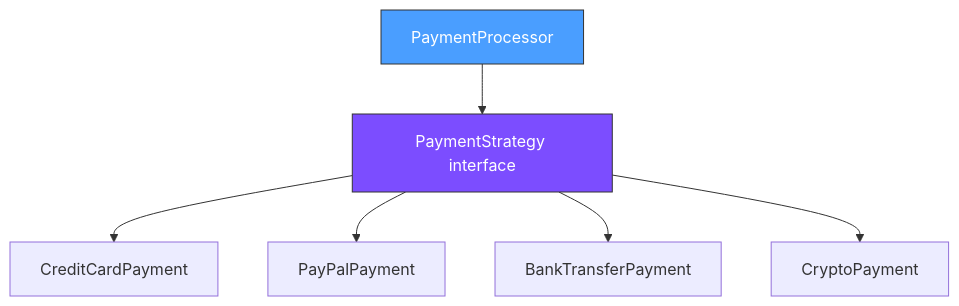
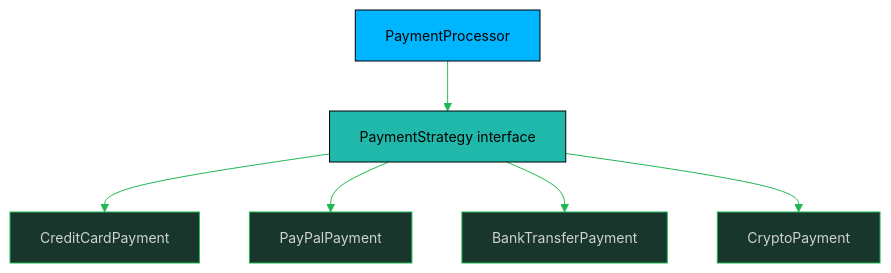
Before and after one commit to oat431/swe-knowledge: the ninth of 10 diagrams in software-engineering-note/03_Software_Design/10_Design_Thinking_and_Context.md, drawn with Mermaid. The commit also changed other lines of this file and 116 other files, not shown here.

````diff
--- a/software-engineering-note/03_Software_Design/10_Design_Thinking_and_Context.md
+++ b/software-engineering-note/03_Software_Design/10_Design_Thinking_and_Context.md
@@ -536,10 +544,11 @@
 ```mermaid
+%%{init: {'theme':'base','themeVariables':{'primaryColor':'#19362D','primaryTextColor':'#CDD3D1','primaryBorderColor':'#1FB854','lineColor':'#1FB854','secondaryColor':'#161212','tertiaryColor':'#1B1717','background':'#1B1717','mainBkg':'#19362D','nodeBorder':'#1FB854','clusterBkg':'#161212','clusterBorder':'#19362D','titleColor':'#1FB854','edgeLabelBackground':'#161212','fontSize':'14px'}}}%%
 graph TD
     A[PaymentProcessor] --> B[PaymentStrategy interface]
     B --> C[CreditCardPayment]
     B --> D[PayPalPayment]
     B --> E[BankTransferPayment]
     B --> F[CryptoPayment]
-    style A fill:#4a9eff,stroke:#333,color:#fff
-    style B fill:#7c4dff,stroke:#333,color:#fff
+    style A fill:#00B5FF,stroke:#000000,color:#000000
+    style B fill:#1FB8AB,stroke:#000000,color:#000000
 ```
````
